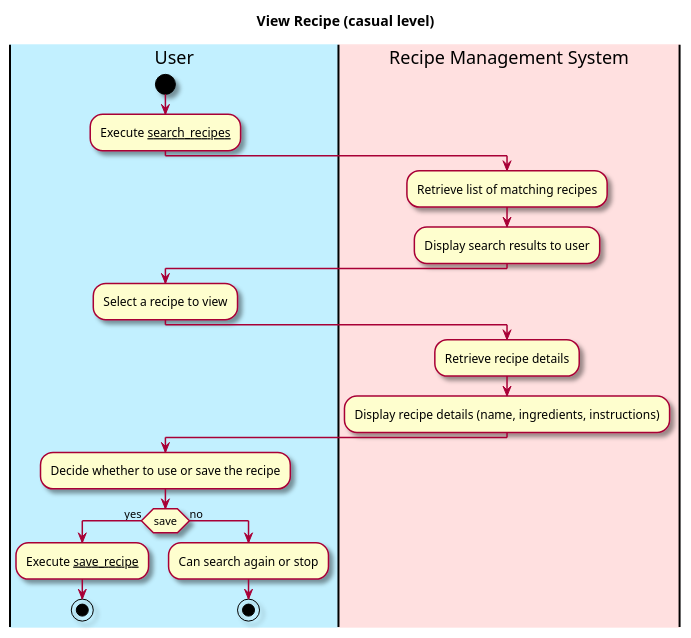
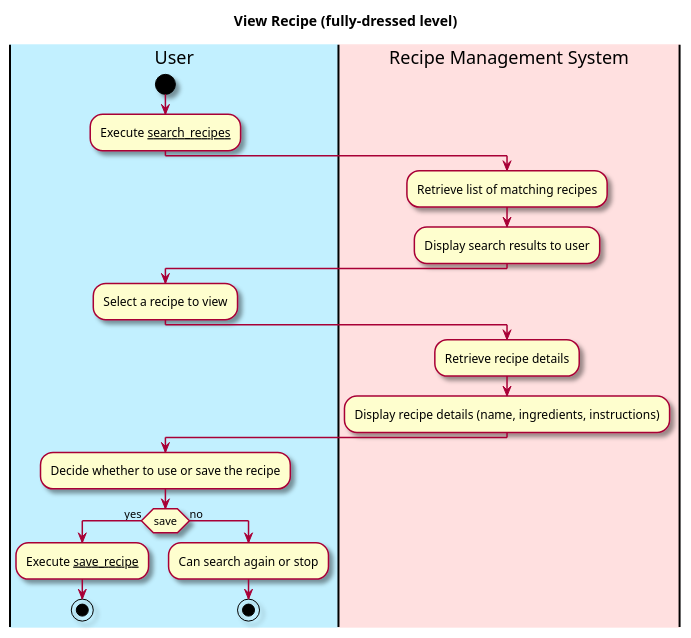
The first of 2 diagrams in intellij/doc/use-cases/view_recipe.md (berthashipper/Pantry-Pal-Android-Application), drawn with PlantUML before and after one commit. The commit also changed other lines of this file and 1 other file, not shown here.

Commit message:
Elaborated on next iteration use case view_recipe

````diff
--- a/intellij/doc/use-cases/view_recipe.md
+++ b/intellij/doc/use-cases/view_recipe.md
@@ -27,34 +27,34 @@
 ```plantuml
 @startuml
 
 skin rose
 
-title View Recipe (casual level)
+title View Recipe (fully-dressed level)
 
 'define the lanes
 |#application|User|
 |#implementation|Recipe Management System|
 
 |User|
 start
 :Execute __search_recipes__;
 |Recipe Management System|
 :Retrieve list of matching recipes;
 :Display search results to user;
 
 |User|
 :Select a recipe to view;
 |Recipe Management System|
 :Retrieve recipe details;
 :Display recipe details (name, ingredients, instructions);
 
 |User|
 :Decide whether to use or save the recipe;
 if (save) is (yes) then
 :Execute __save_recipe__;
 stop
 else (no)
 :Can search again or stop;
 stop
 @enduml
 ```
````
